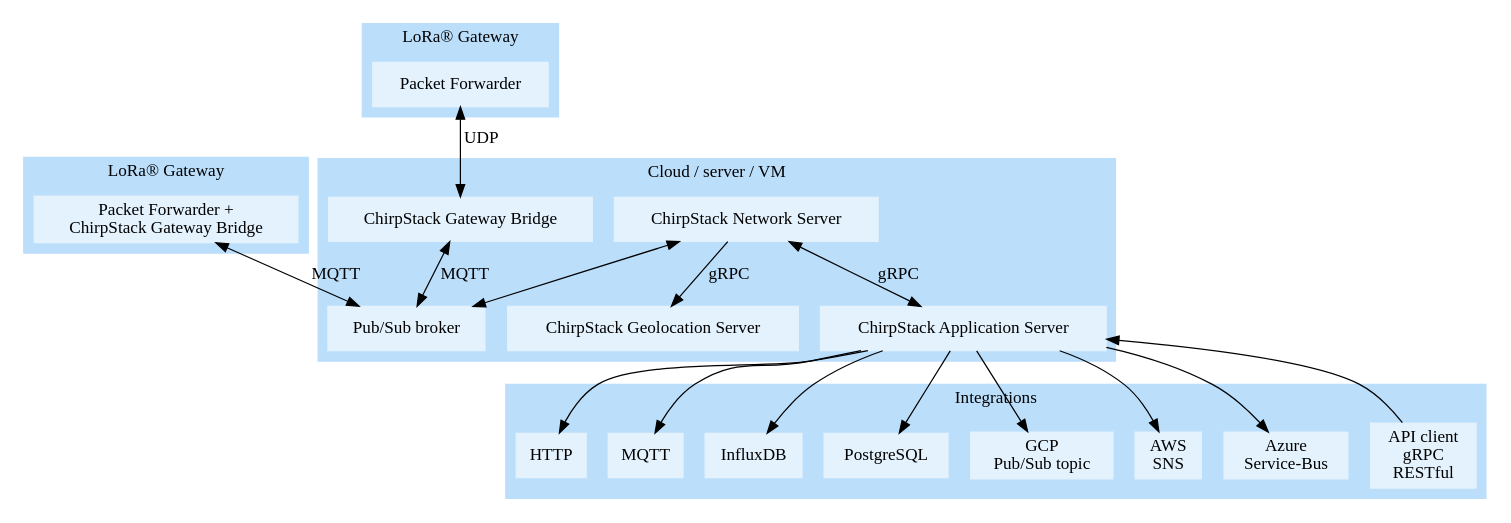
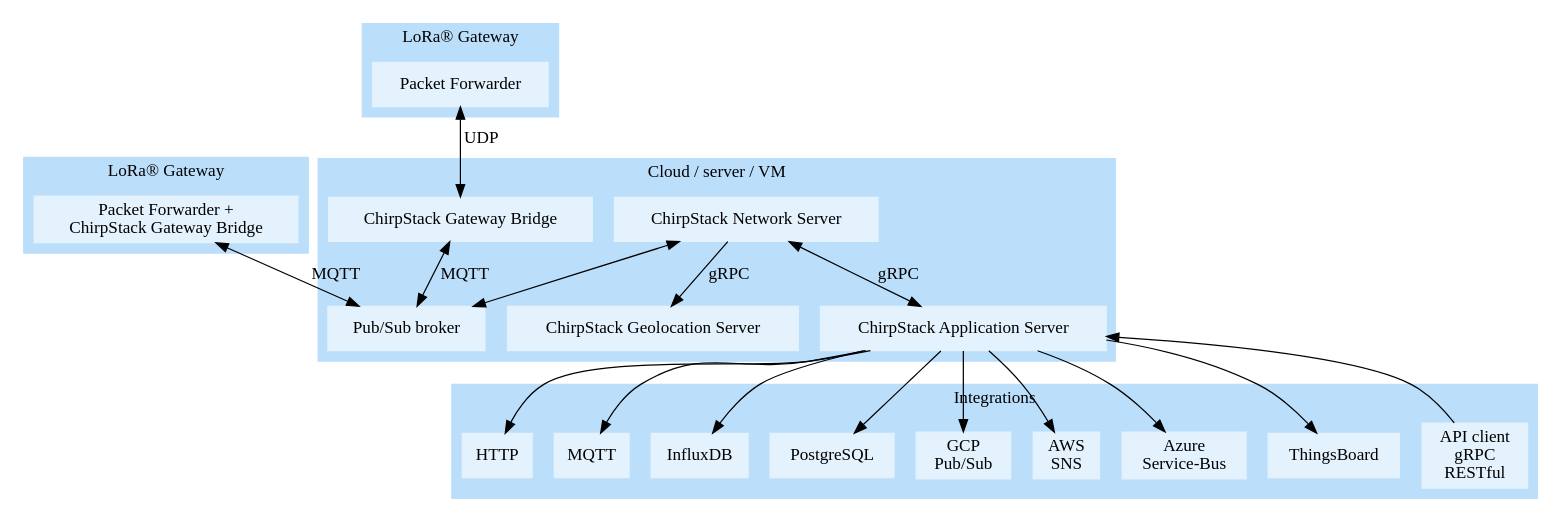
One commit to brocaar/chirpstack-docs changed the diagram in docs/architecture.dot. Above: the diagram before and after it, drawn with Graphviz. The commit also changed 1 other file, not shown here.

Commit message:
Add ThingsBoard to architecture graph.

```diff
--- a/docs/architecture.dot
+++ b/docs/architecture.dot
@@ -1,71 +1,73 @@
 digraph G {
 	node [shape=record];
 	
 
 	subgraph cluster_0 {
 		style=filled;
 		color="#bbdefb";
 		node [style=filled,color="#e3f2fd"];
 
 		"chirpstack-network-server" -> "pub-sub" [dir="both"];
 		"chirpstack-network-server" -> "chirpstack-geolocation-server" [label="gRPC"];
 		"chirpstack-network-server" -> "chirpstack-application-server" [dir="both",label="gRPC"];
 		"chirpstack-gateway-bridge-cloud" -> "pub-sub" [dir="both" label="MQTT"];
 
 		"chirpstack-network-server" [label="ChirpStack Network Server"];
 		"pub-sub" [label="Pub/Sub broker"];
 		"chirpstack-application-server" [label="ChirpStack Application Server"];
 		"chirpstack-geolocation-server" [label="ChirpStack Geolocation Server"];
 		"chirpstack-gateway-bridge-cloud" [label="ChirpStack Gateway Bridge"];
 
 		label = "Cloud / server / VM";
 	}
 
 	subgraph cluster_1 {
 		style=filled;
 		color="#bbdefb";
 		node [style=filled,color="#e3f2fd"];
 		label="LoRa&reg; Gateway";
 
 		"chirpstack-gateway-bridge-gw" -> "pub-sub" [label="MQTT",dir="both"];
 		"chirpstack-gateway-bridge-gw" [label="Packet Forwarder +\nChirpStack Gateway Bridge"];
 	}
 
 
 	subgraph cluster_2 {
 		style=filled;
 		color="#bbdefb";
 		node [style=filled,color="#e3f2fd"];
 		label="LoRa&reg; Gateway";
 
 		"packet-forwarder-gw2" -> "chirpstack-gateway-bridge-cloud" [label="UDP",dir="both"];
 		"packet-forwarder-gw2" [label="Packet Forwarder"];
 	}
 
 	subgraph cluster_3 {
 		style=filled;
 		color="#bbdefb";
 		node [style=filled,color="#e3f2fd"];
 		label="Integrations";
 
 		"http-int" [label="HTTP"];
 		"mqtt-int" [label="MQTT"];
 		"influxdb-int" [label="InfluxDB"];
 		"postgresql-int" [label="PostgreSQL"];
-		"gcp-pubsub-int" [label="GCP\nPub/Sub topic"];
+		"gcp-pubsub-int" [label="GCP\nPub/Sub"];
 		"aws-sns-int" [label="AWS\nSNS"];
 		"azure-service-bus-int" [label="Azure\nService-Bus"];
+		"thigsboard" [label="ThingsBoard"];
 		"as-api-client" [label="API client\ngRPC\nRESTful"];
 	}
 
 
 	"chirpstack-application-server" -> "http-int";
 	"chirpstack-application-server" -> "mqtt-int";
 	"chirpstack-application-server" -> "gcp-pubsub-int";
 	"chirpstack-application-server" -> "aws-sns-int";
 	"chirpstack-application-server" -> "azure-service-bus-int";
 	"chirpstack-application-server" -> "influxdb-int";
 	"chirpstack-application-server" -> "postgresql-int";
+	"chirpstack-application-server" -> "thigsboard";
 
 	"as-api-client" -> "chirpstack-application-server";
 }
```
